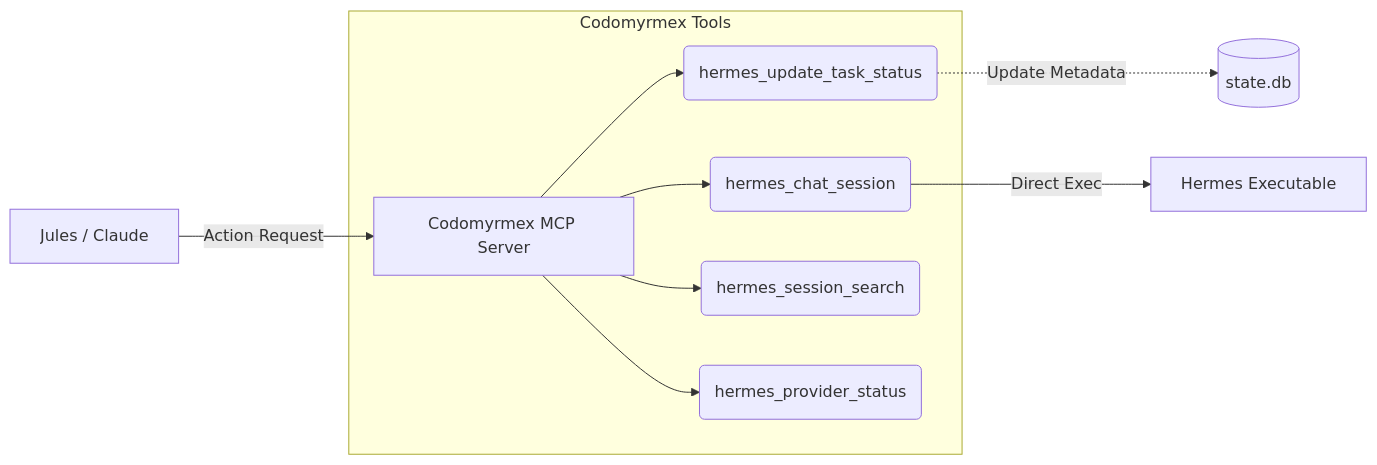
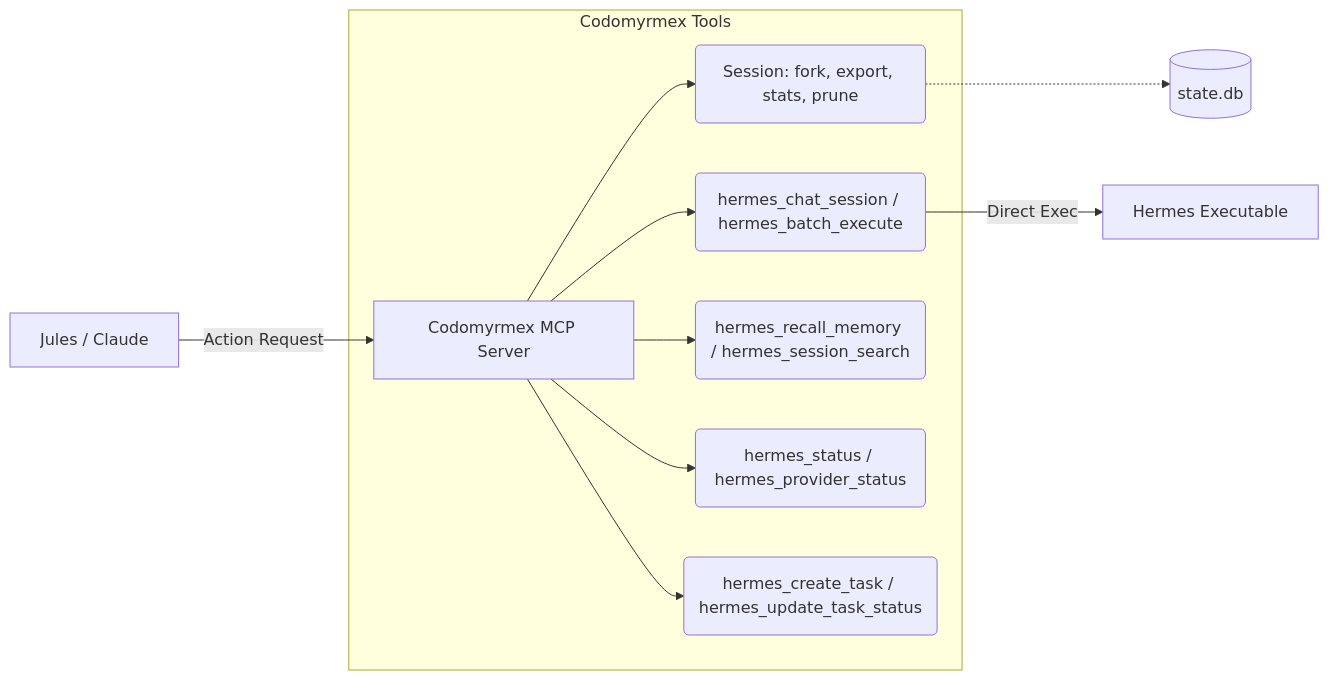
One commit to docxology/codomyrmex changed the third of 4 diagrams in docs/agents/hermes/codomyrmex_integration.md. Above: the diagram before and after it, drawn with Mermaid. The commit also changed other lines of this file and 22 other files, not shown here.

````diff
--- a/docs/agents/hermes/codomyrmex_integration.md
+++ b/docs/agents/hermes/codomyrmex_integration.md
@@ -78,14 +116,15 @@
 ```mermaid
 graph LR
     SwarmProxy[Jules / Claude] --> |Action Request| MCP[Codomyrmex MCP Server]
     
     subgraph Codomyrmex Tools
-        MCP --> Tools(hermes_update_task_status)
-        MCP --> Chat(hermes_chat_session)
-        MCP --> Search(hermes_session_search)
-        MCP --> Status(hermes_provider_status)
+        MCP --> SessionMgmt(Session: fork, export, stats, prune)
+        MCP --> Chat(hermes_chat_session / hermes_batch_execute)
+        MCP --> Search(hermes_recall_memory / hermes_session_search)
+        MCP --> Status(hermes_status / hermes_provider_status)
+        MCP --> TaskOrch(hermes_create_task / hermes_update_task_status)
     end
     
-    Tools -.-> |Update Metadata| DB[(state.db)]
+    SessionMgmt -.-> DB[(state.db)]
     Chat --> |Direct Exec| HermesCli[Hermes Executable]
 ```
````
